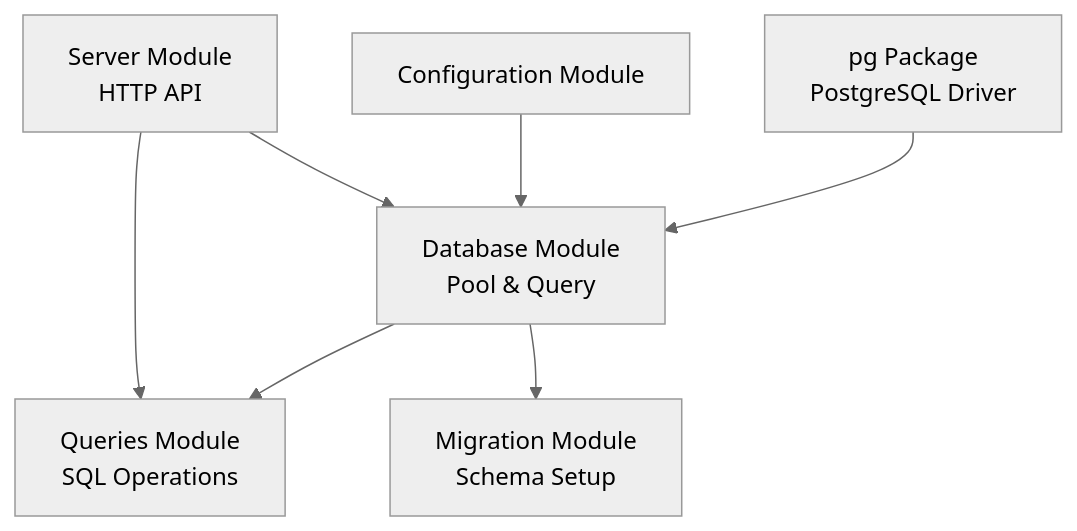
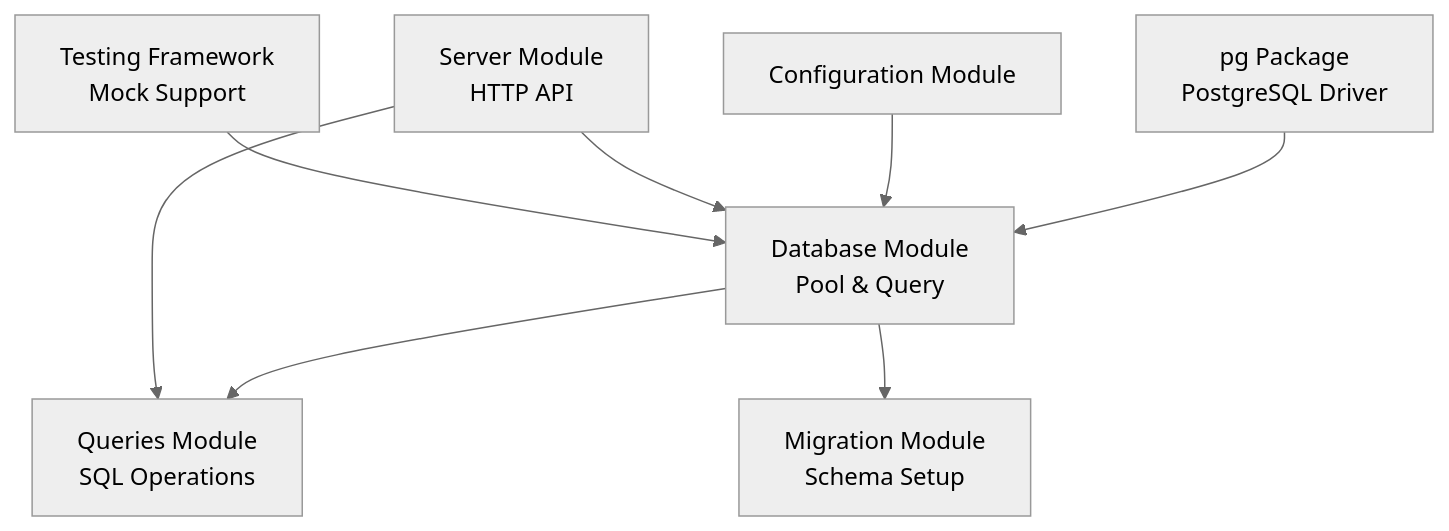
Before and after one commit to RunTimeAdmin/AgentID: the seventh of 7 diagrams in .qoder/repowiki/en/content/Database Design/Connection Management.md, drawn with Mermaid (neutral theme). The commit also changed other lines of this file and 8 other files, not shown here.

````diff
--- a/.qoder/repowiki/en/content/Database Design/Connection Management.md
+++ b/.qoder/repowiki/en/content/Database Design/Connection Management.md
@@ -311,15 +393,17 @@
 ```mermaid
 graph TB
 PG["pg Package<br/>PostgreSQL Driver"]
 Config["Configuration Module"]
 DBModule["Database Module<br/>Pool & Query"]
 Queries["Queries Module<br/>SQL Operations"]
 Migrate["Migration Module<br/>Schema Setup"]
 Server["Server Module<br/>HTTP API"]
+Tests["Testing Framework<br/>Mock Support"]
 PG --> DBModule
 Config --> DBModule
 DBModule --> Queries
 DBModule --> Migrate
 Server --> DBModule
 Server --> Queries
+Tests --> DBModule
 ```
````
